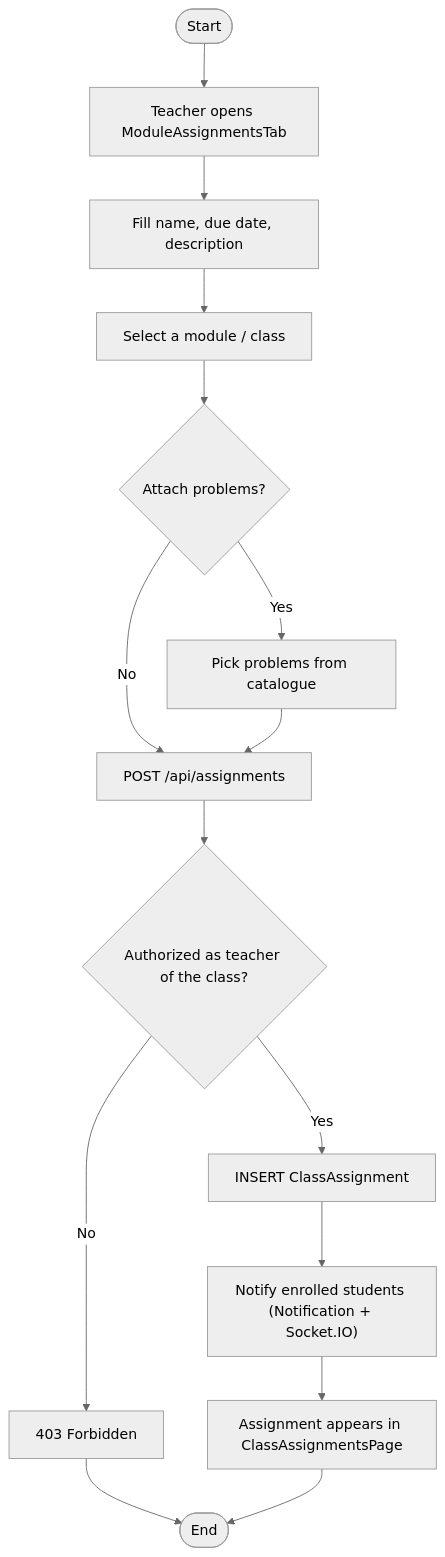
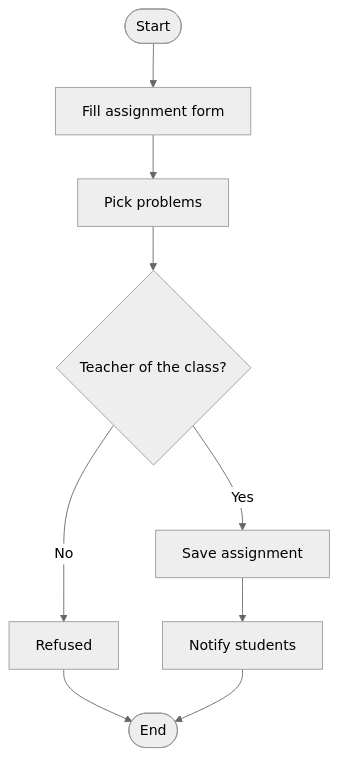
One commit to MaizaAymen/OmniLearn changed the fifth of 8 diagrams in docs/07_chapitre5_sprint3.md. Above: the diagram before and after it, drawn with Mermaid (neutral theme).

````diff
--- a/docs/07_chapitre5_sprint3.md
+++ b/docs/07_chapitre5_sprint3.md
@@ -235,16 +235,10 @@
 ```mermaid
 flowchart TD
-  A([Start]) --> B[Teacher opens ModuleAssignmentsTab]
-  B --> C[Fill name, due date, description]
-  C --> D[Select a module / class]
-  D --> E{Attach problems?}
-  E -- Yes --> F[Pick problems from catalogue]
-  E -- No --> G
-  F --> G["POST /api/assignments"]
-  G --> H{Authorized as teacher of the class?}
-  H -- No --> I[403 Forbidden] --> Z([End])
-  H -- Yes --> J[INSERT ClassAssignment]
-  J --> K["Notify enrolled students (Notification + Socket.IO)"]
-  K --> L[Assignment appears in ClassAssignmentsPage]
-  L --> Z
+  A([Start]) --> B[Fill assignment form]
+  B --> C[Pick problems]
+  C --> D{Teacher of the class?}
+  D -- No --> E[Refused] --> Z([End])
+  D -- Yes --> F[Save assignment]
+  F --> G[Notify students]
+  G --> Z
 ```
````
